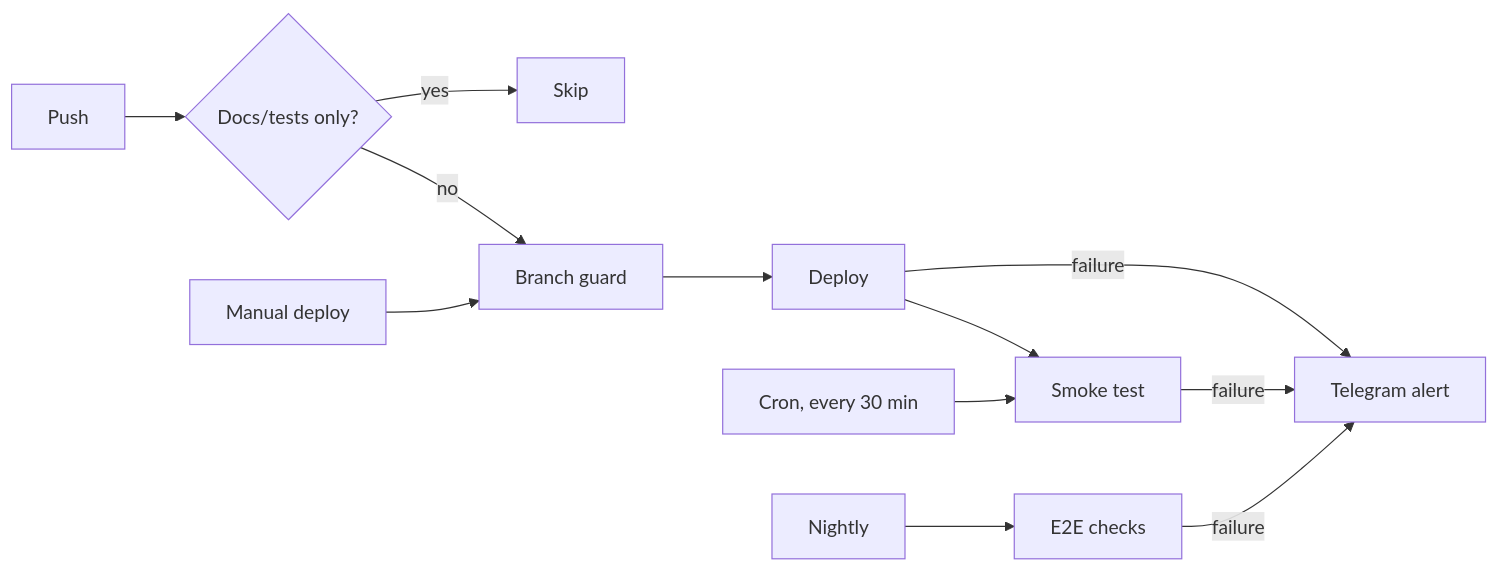
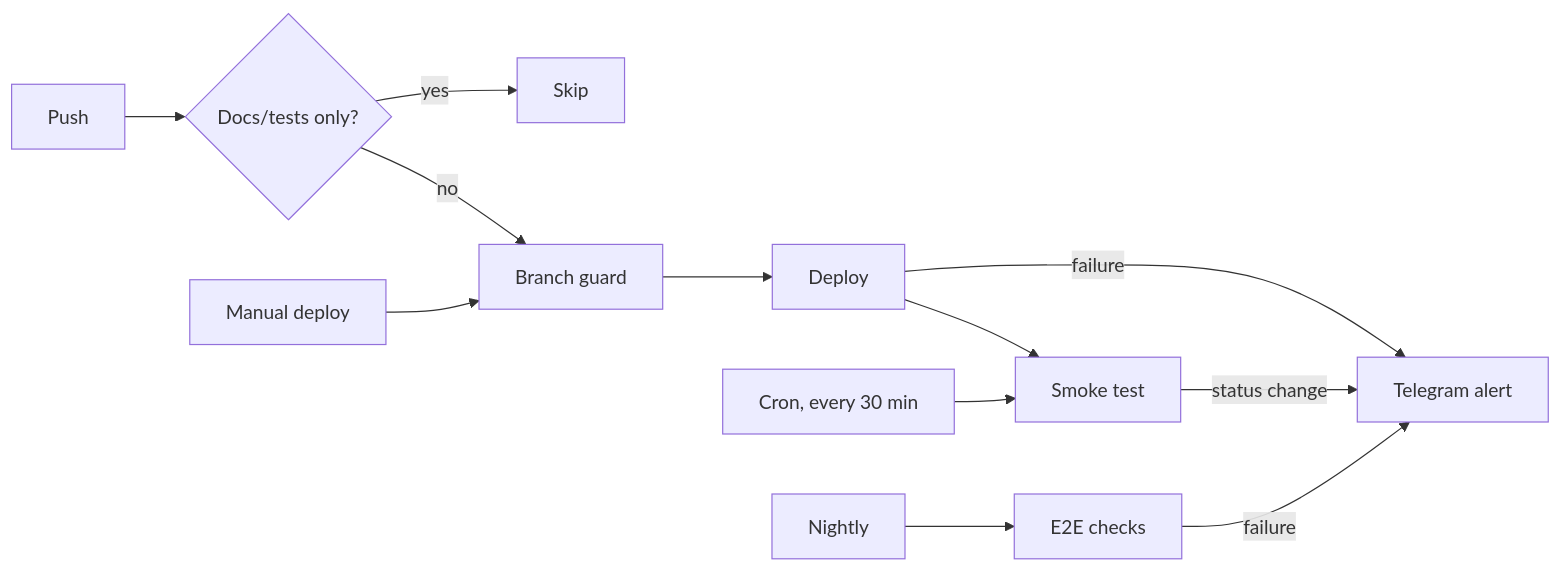
One commit to hypercerts-org/api changed the diagram in CONTRIBUTING.md. Above: the diagram before and after it, drawn with Mermaid. The commit also changed other lines of this file, not shown here.

Commit message:
docs: describe change-only smoke Telegram alerts in CONTRIBUTING

````diff
--- a/CONTRIBUTING.md
+++ b/CONTRIBUTING.md
@@ -96,14 +96,14 @@
 ```mermaid
 flowchart LR
   push["Push"] --> ignore{"Docs/tests only?"}
   ignore -- yes --> skip["Skip"]
   ignore -- no --> guard["Branch guard"]
   manual["Manual deploy"] --> guard
   guard --> deploy["Deploy"]
   deploy --> smoke["Smoke test"]
   cron["Cron, every 30 min"] --> smoke
   nightly["Nightly"] --> e2e["E2E checks"]
   deploy -- failure --> tg["Telegram alert"]
-  smoke -- failure --> tg
+  smoke -- "status change" --> tg
   e2e -- failure --> tg
 ```
````
